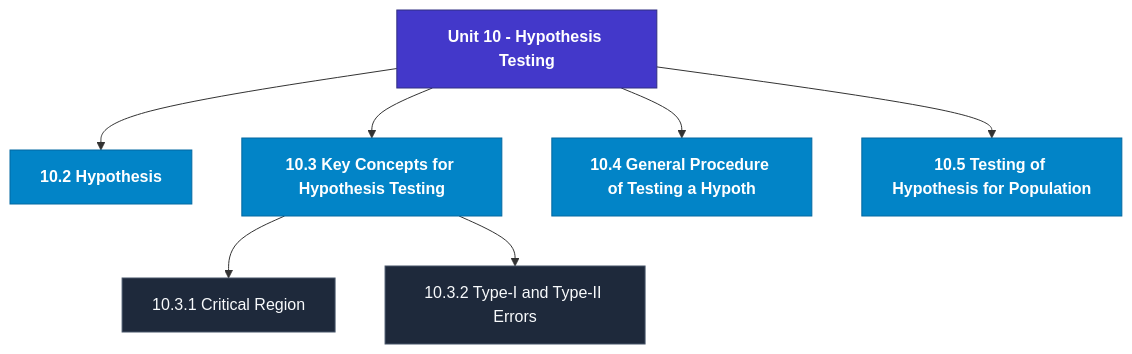
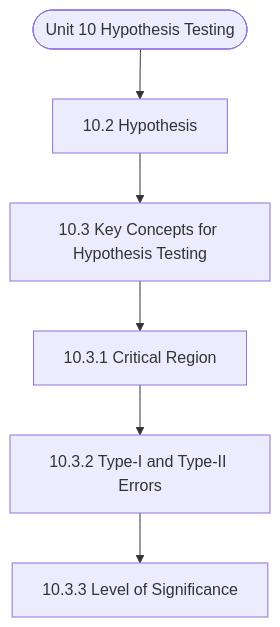
Before and after one commit to Asutosh-Coaching/mscdsa: the diagram in notes/Semester_2/MCS-066_Mathematical_Foundations_-_II/unit_10_Hypothesis_Testing.md, drawn with Mermaid. The commit also changed other lines of this file and 115 other files, not shown here.

Commit message:
Fix Mermaid layout for mobile, isolate LaTeX delimiters, and add GitHub Pages reader

````diff
--- a/notes/Semester_2/MCS-066_Mathematical_Foundations_-_II/unit_10_Hypothesis_Testing.md
+++ b/notes/Semester_2/MCS-066_Mathematical_Foundations_-_II/unit_10_Hypothesis_Testing.md
@@ -19,21 +19,14 @@
 ```mermaid
 flowchart TD
-  %% Styling Definitions
-  classDef head fill:#4338ca,stroke:#312e81,color:#ffffff,font-weight:bold;
-  classDef topic fill:#0284c7,stroke:#0369a1,color:#ffffff,font-weight:600;
-  classDef sub fill:#1e293b,stroke:#475569,color:#f8fafc;
-
-  Root["Unit 10 - Hypothesis Testing"]:::head
-  M1["10.2 Hypothesis"]:::topic
-  Root --> M1
-  M2["10.3 Key Concepts for Hypothesis Testing"]:::topic
-  Root --> M2
-  M2_1["10.3.1 Critical Region"]:::sub
-  M2 --> M2_1
-  M2_2["10.3.2 Type-I and Type-II Errors"]:::sub
-  M2 --> M2_2
-  M3["10.4 General Procedure of Testing a Hypoth"]:::topic
-  Root --> M3
-  M4["10.5 Testing of Hypothesis for Population "]:::topic
-  Root --> M4
+  Start(["Unit 10 Hypothesis Testing"])
+  N1["10.2 Hypothesis"]
+  N2["10.3 Key Concepts for Hypothesis Testing"]
+  N3["10.3.1 Critical Region"]
+  N4["10.3.2 Type-I and Type-II Errors"]
+  N5["10.3.3 Level of Significance"]
+  Start --> N1
+  N1 --> N2
+  N2 --> N3
+  N3 --> N4
+  N4 --> N5
 ```
````
